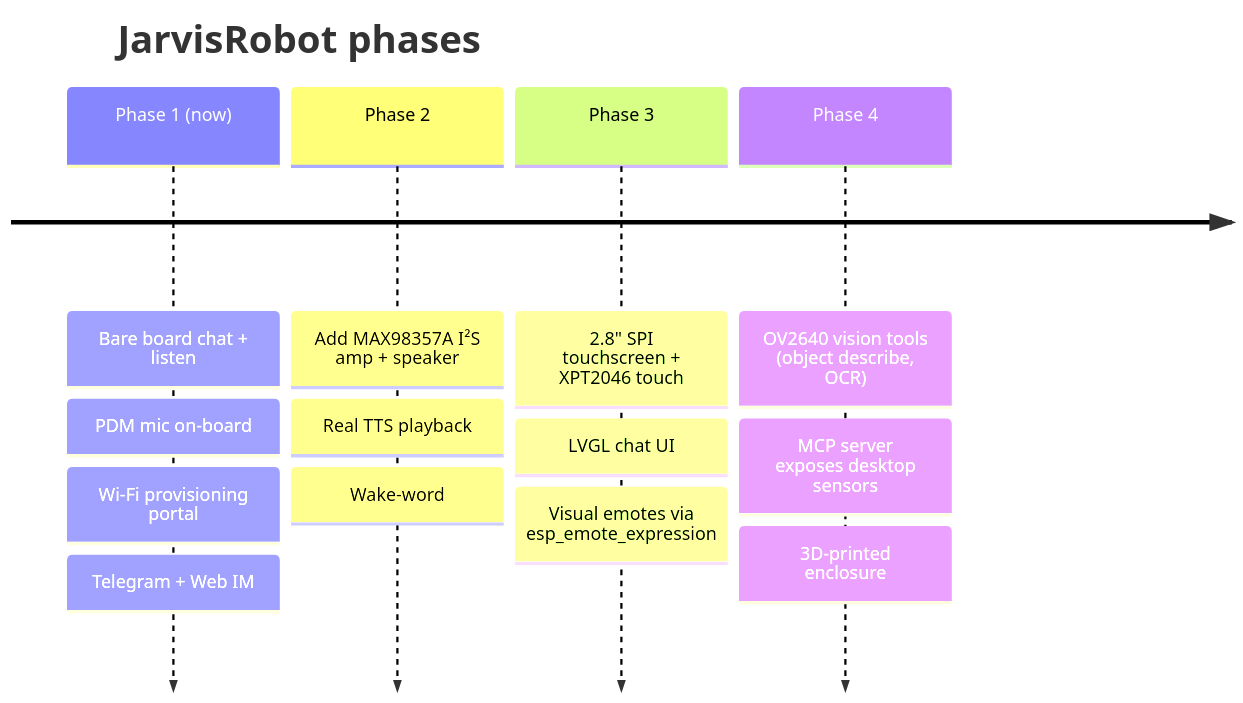
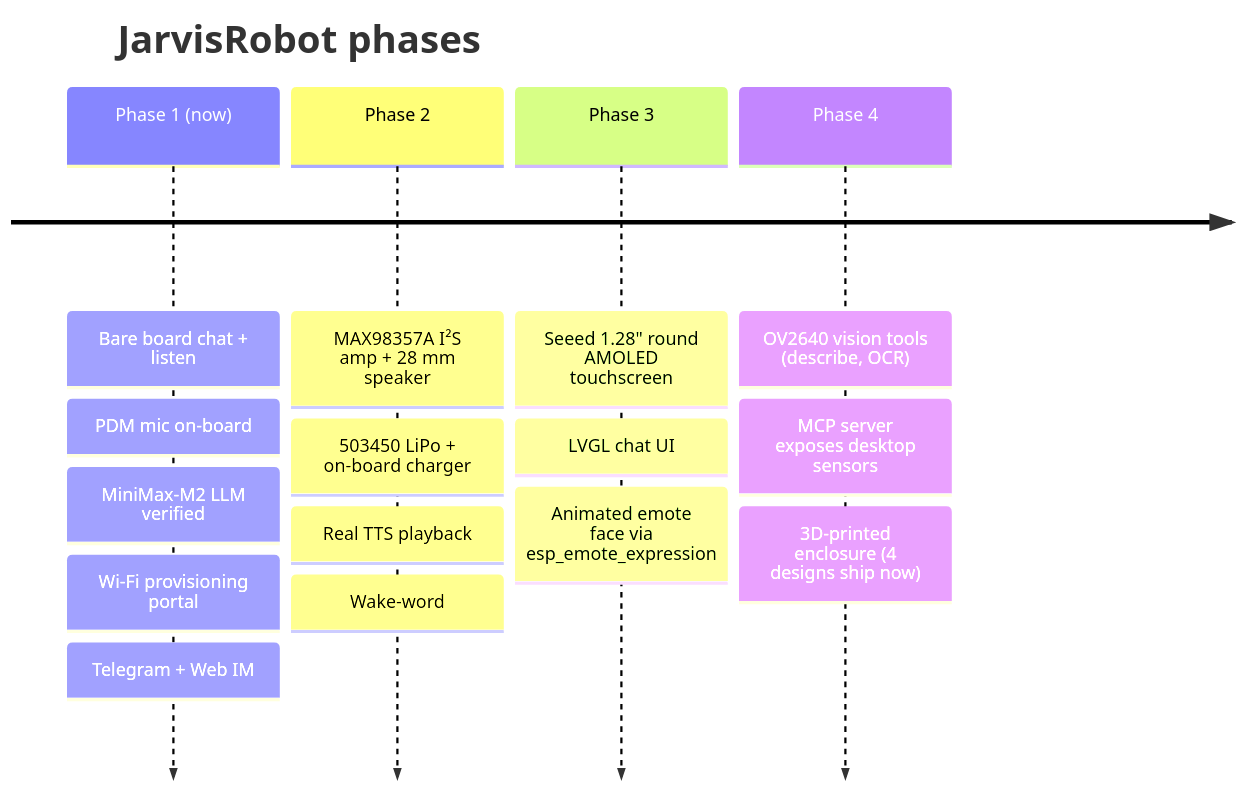
The second of 2 diagrams in README.md (PascalAI2024/JarvisNano), drawn with Mermaid before and after one commit. The commit also changed other lines of this file and 51 other files, not shown here.

First line of the commit message:
feat: add IGD-branded visuals + 4 parametric enclosure designs

````diff
--- a/README.md
+++ b/README.md
@@ -123,17 +167,19 @@
 ```mermaid
 timeline
     title JarvisRobot phases
     Phase 1 (now) : Bare board chat + listen
                   : PDM mic on-board
+                  : MiniMax-M2 LLM verified
                   : Wi-Fi provisioning portal
                   : Telegram + Web IM
-    Phase 2       : Add MAX98357A I²S amp + speaker
+    Phase 2       : MAX98357A I²S amp + 28 mm speaker
+                  : 503450 LiPo + on-board charger
                   : Real TTS playback
                   : Wake-word
-    Phase 3       : 2.8" SPI touchscreen + XPT2046 touch
+    Phase 3       : Seeed 1.28" round AMOLED touchscreen
                   : LVGL chat UI
-                  : Visual emotes via esp_emote_expression
-    Phase 4       : OV2640 vision tools (object describe, OCR)
+                  : Animated emote face via esp_emote_expression
+    Phase 4       : OV2640 vision tools (describe, OCR)
                   : MCP server exposes desktop sensors
-                  : 3D-printed enclosure
+                  : 3D-printed enclosure (4 designs ship now)
 ```
````
